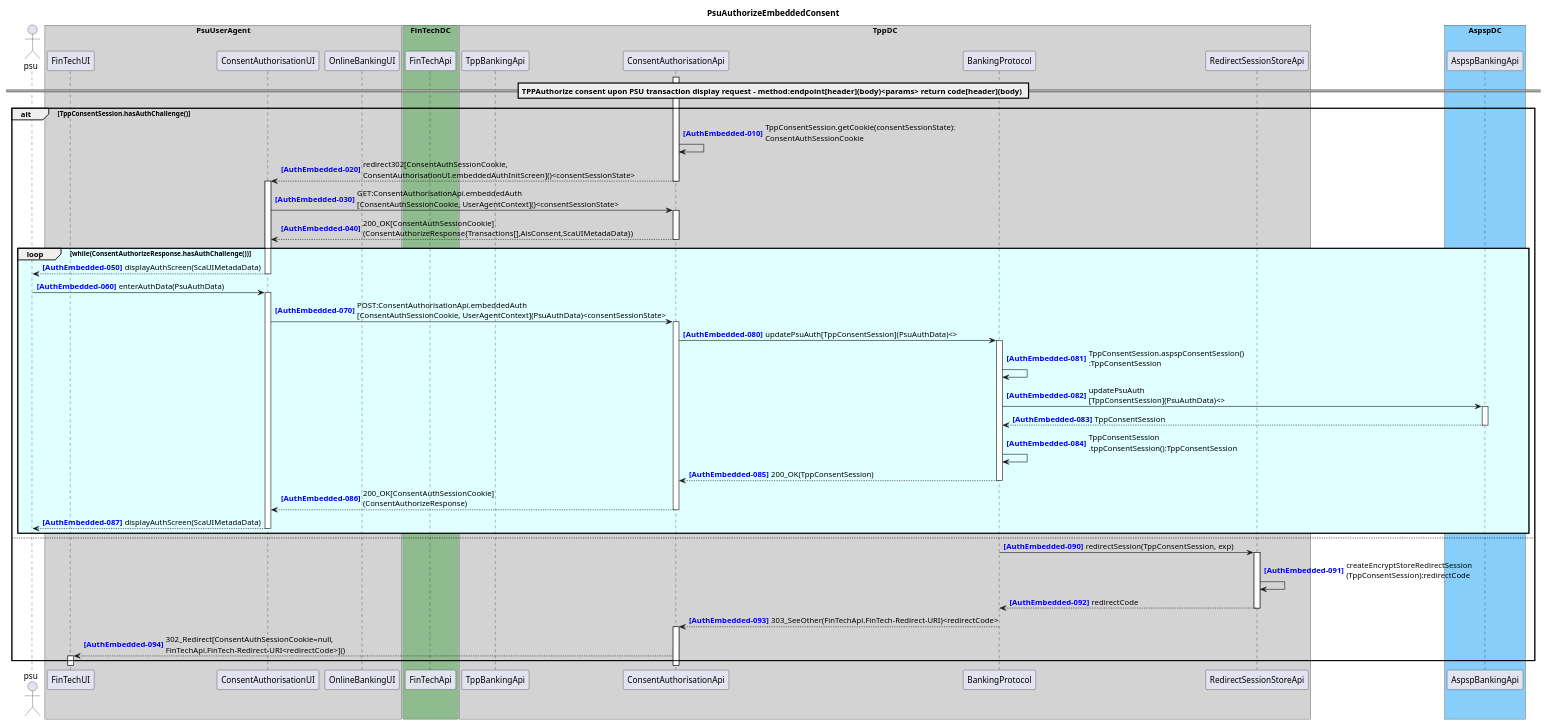
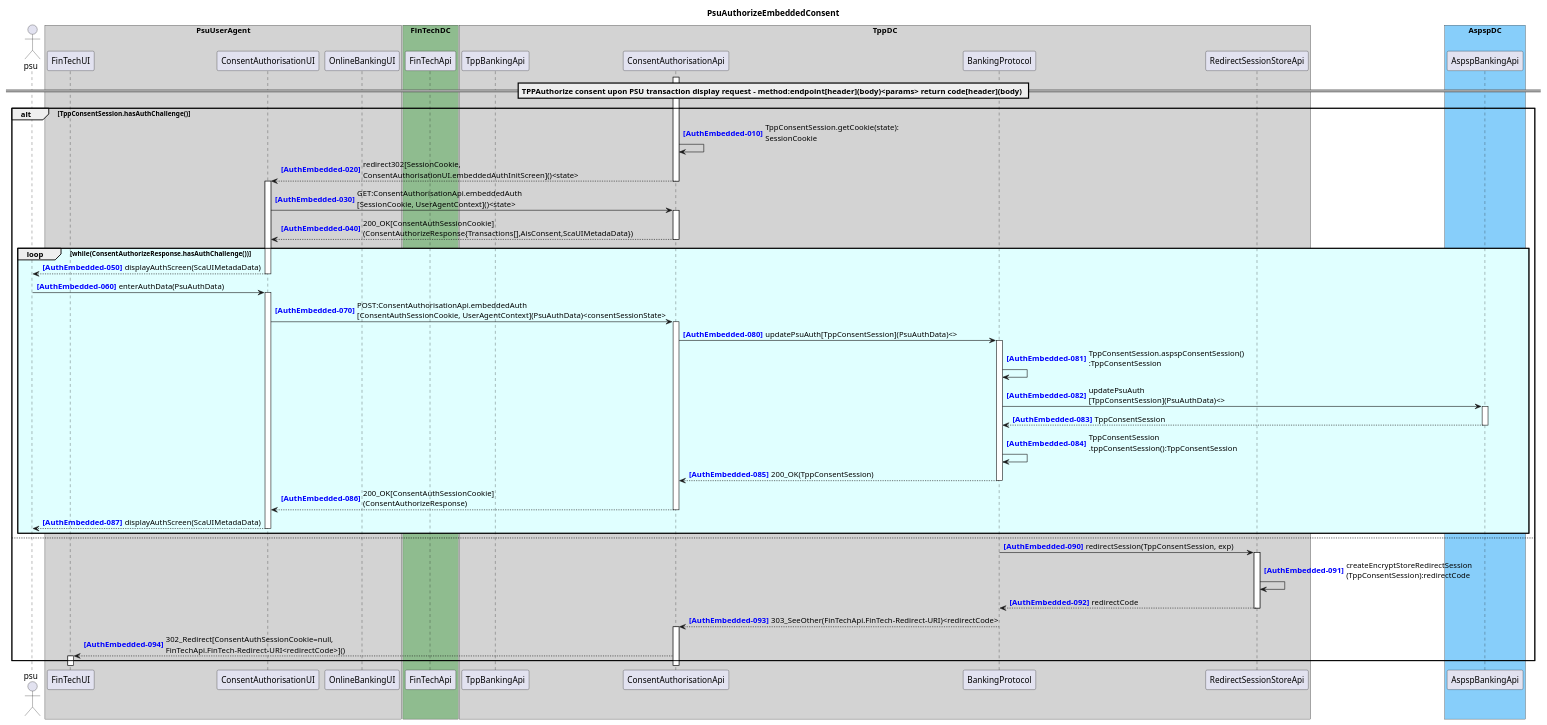
One commit to adorsys/open-banking-gateway changed the diagram in docs/architecture/diagrams/useCases/5a-psuAuthEmbeddedConsent.puml. Above: the diagram before and after it, drawn with PlantUML. The commit also changed 9 other files, not shown here.

```diff
--- a/docs/architecture/diagrams/useCases/5a-psuAuthEmbeddedConsent.puml
+++ b/docs/architecture/diagrams/useCases/5a-psuAuthEmbeddedConsent.puml
@@ -1,59 +1,59 @@
 @startuml
 title PsuAuthorizeEmbeddedConsent
 autonumber 10 10 "<b><color blue>[AuthEmbedded-000]</color></b>"
 actor psu
 
 box "PsuUserAgent" #LightGray
     participant "FinTechUI" as FinTechUI
     participant "ConsentAuthorisationUI" as ConsentAuthorisationUI
     participant "OnlineBankingUI" as OnlineBankingUI
 end box
 box "FinTechDC" #DarkSeaGreen
     participant "FinTechApi" as FinTechApi
 end box
 box "TppDC" #LightGray
     participant "TppBankingApi" as TppBankingApi
     'participant "TppBankSearchApi" as TppBankSearchApi
     participant "ConsentAuthorisationApi" as ConsentAuthorisationApi
 
     participant "BankingProtocol" as BankingProtocol
     participant "RedirectSessionStoreApi" as RedirectSessionStoreApi
 end box
 box "AspspDC" #LightSkyBlue
 	participant "AspspBankingApi" as AspspBankingApi
     'participant "OnlineBankingApi" as OnlineBankingApi
 end box
 == TPPAuthorize consent upon PSU transaction display request - method:endpoint[header](body)<params> return code[header](body) ==
 activate ConsentAuthorisationApi
 alt TppConsentSession.hasAuthChallenge()
-ConsentAuthorisationApi -> ConsentAuthorisationApi : TppConsentSession.getCookie(consentSessionState):\nConsentAuthSessionCookie
-ConsentAuthorisationApi --> ConsentAuthorisationUI : redirect302[ConsentAuthSessionCookie,\nConsentAuthorisationUI.embeddedAuthInitScreen]()<consentSessionState>
+ConsentAuthorisationApi -> ConsentAuthorisationApi : TppConsentSession.getCookie(state):\nSessionCookie
+ConsentAuthorisationApi --> ConsentAuthorisationUI : redirect302[SessionCookie,\nConsentAuthorisationUI.embeddedAuthInitScreen]()<state>
 deactivate ConsentAuthorisationApi
 activate ConsentAuthorisationUI
-ConsentAuthorisationUI -> ConsentAuthorisationApi ++ : GET:ConsentAuthorisationApi.embeddedAuth\n[ConsentAuthSessionCookie, UserAgentContext]()<consentSessionState>
+ConsentAuthorisationUI -> ConsentAuthorisationApi ++ : GET:ConsentAuthorisationApi.embeddedAuth\n[SessionCookie, UserAgentContext]()<state>
 return 200_OK[ConsentAuthSessionCookie]\n(ConsentAuthorizeResponse{Transactions[],AisConsent,ScaUIMetadaData})
 loop #LightCyan while(ConsentAuthorizeResponse.hasAuthChallenge())
     ConsentAuthorisationUI --> psu : displayAuthScreen(ScaUIMetadaData)
     deactivate ConsentAuthorisationUI
     psu -> ConsentAuthorisationUI ++ : enterAuthData(PsuAuthData)
     ConsentAuthorisationUI -> ConsentAuthorisationApi ++ : POST:ConsentAuthorisationApi.embeddedAuth\n[ConsentAuthSessionCookie, UserAgentContext](PsuAuthData)<consentSessionState>
     autonumber 80 1 "<b><color blue>[AuthEmbedded-000]</color></b>"
     ConsentAuthorisationApi -> BankingProtocol ++ : updatePsuAuth[TppConsentSession](PsuAuthData)<>
     BankingProtocol -> BankingProtocol : TppConsentSession.aspspConsentSession()\n:TppConsentSession
     BankingProtocol -> AspspBankingApi ++ : updatePsuAuth\n[TppConsentSession](PsuAuthData)<>
     return TppConsentSession
     BankingProtocol -> BankingProtocol : TppConsentSession\n.tppConsentSession():TppConsentSession
     return 200_OK(TppConsentSession)
     return 200_OK[ConsentAuthSessionCookie]\n(ConsentAuthorizeResponse)
     return displayAuthScreen(ScaUIMetadaData)
 end
 else
 autonumber 90 1 "<b><color blue>[AuthEmbedded-000]</color></b>"
 activate BankingProtocol
 BankingProtocol -> RedirectSessionStoreApi ++ : redirectSession(TppConsentSession, exp)
 RedirectSessionStoreApi -> RedirectSessionStoreApi : createEncryptStoreRedirectSession\n(TppConsentSession):redirectCode
 return redirectCode
 BankingProtocol --> ConsentAuthorisationApi ++ : 303_SeeOther(FinTechApi.FinTech-Redirect-URI)<redirectCode>
 ConsentAuthorisationApi --> FinTechUI ++ : 302_Redirect[ConsentAuthSessionCookie=null,\nFinTechApi.FinTech-Redirect-URI<redirectCode>]()
 end
 @enduml
```
